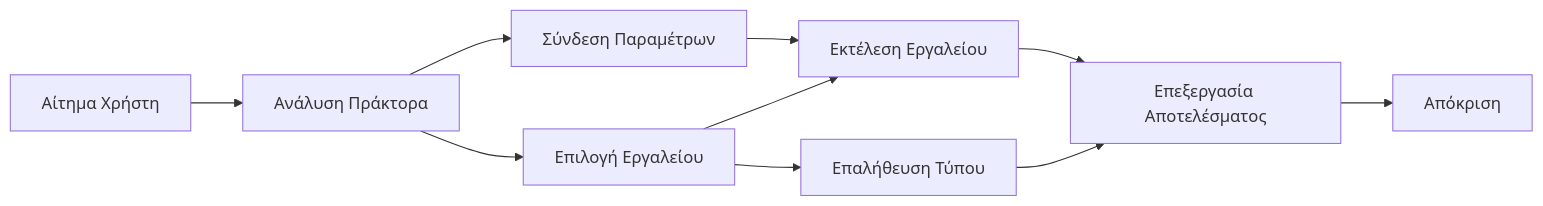
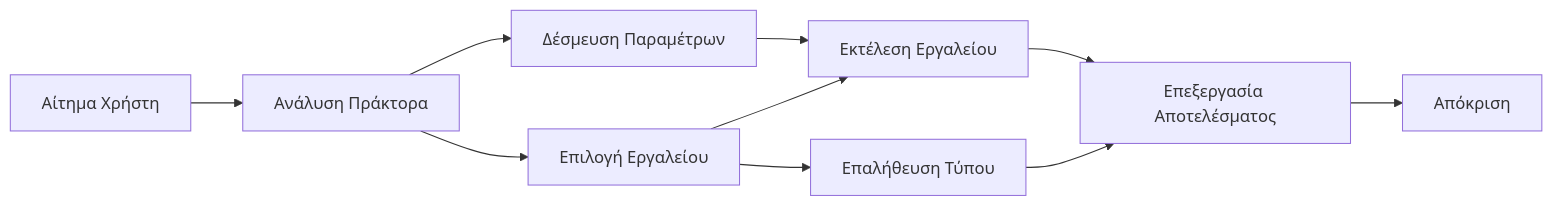
Before and after one commit to venturemavenwill/azureaifundamentals: the diagram in translations/el/04-tool-use/code_samples/04-dotnet-agent-framework.md, drawn with Mermaid. The commit also changed other lines of this file and 2002 other files, not shown here.

````diff
--- a/translations/el/04-tool-use/code_samples/04-dotnet-agent-framework.md
+++ b/translations/el/04-tool-use/code_samples/04-dotnet-agent-framework.md
@@ -40,12 +40,12 @@
 ```mermaid
 graph LR
     A[Αίτημα Χρήστη] --> B[Ανάλυση Πράκτορα]
     B --> C[Επιλογή Εργαλείου]
     C --> D[Επαλήθευση Τύπου]
-    B --> E[Σύνδεση Παραμέτρων]
+    B --> E[Δέσμευση Παραμέτρων]
     E --> F[Εκτέλεση Εργαλείου]
     C --> F
     F --> G[Επεξεργασία Αποτελέσματος]
     D --> G
     G --> H[Απόκριση]
 ```
````
